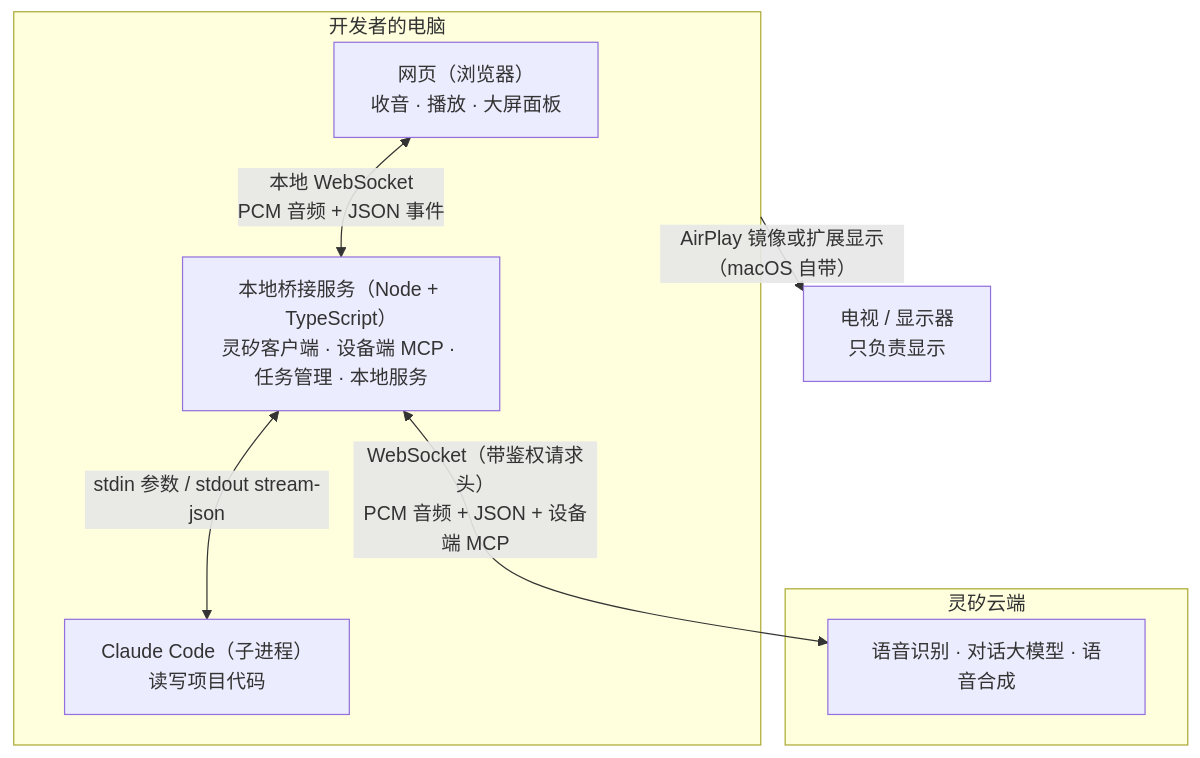
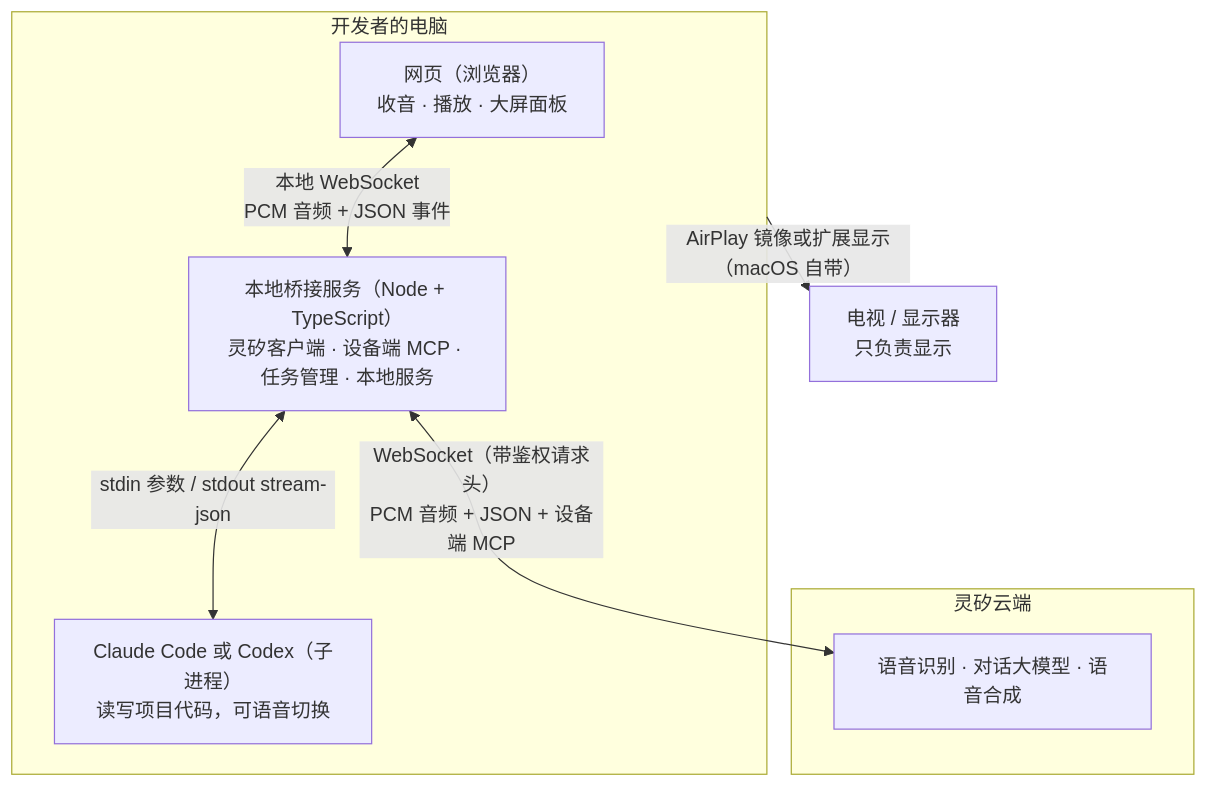
The first of 2 diagrams in docs/architecture.md (Muqian-Sun/hackathon), drawn with Mermaid before and after one commit. The commit also changed other lines of this file and 1 other file, not shown here.

Commit message:
docs: 补充 Codex 支持与 agent 切换

````diff
--- a/docs/architecture.md
+++ b/docs/architecture.md
@@ -23,17 +23,17 @@
 ```mermaid
 flowchart TB
   subgraph Cloud["灵矽云端"]
     LX["语音识别 · 对话大模型 · 语音合成"]
   end
   subgraph Mac["开发者的电脑"]
     WEB["网页（浏览器）<br/>收音 · 播放 · 大屏面板"]
     BR["本地桥接服务（Node + TypeScript）<br/>灵矽客户端 · 设备端 MCP · 任务管理 · 本地服务"]
-    CC["Claude Code（子进程）<br/>读写项目代码"]
+    CC["Claude Code 或 Codex（子进程）<br/>读写项目代码，可语音切换"]
   end
   TV["电视 / 显示器<br/>只负责显示"]
 
   WEB <-- "本地 WebSocket<br/>PCM 音频 + JSON 事件" --> BR
   BR <-- "WebSocket（带鉴权请求头）<br/>PCM 音频 + JSON + 设备端 MCP" --> LX
   BR <-- "stdin 参数 / stdout stream-json" --> CC
   Mac -- "AirPlay 镜像或扩展显示（macOS 自带）" --> TV
 ```
````
